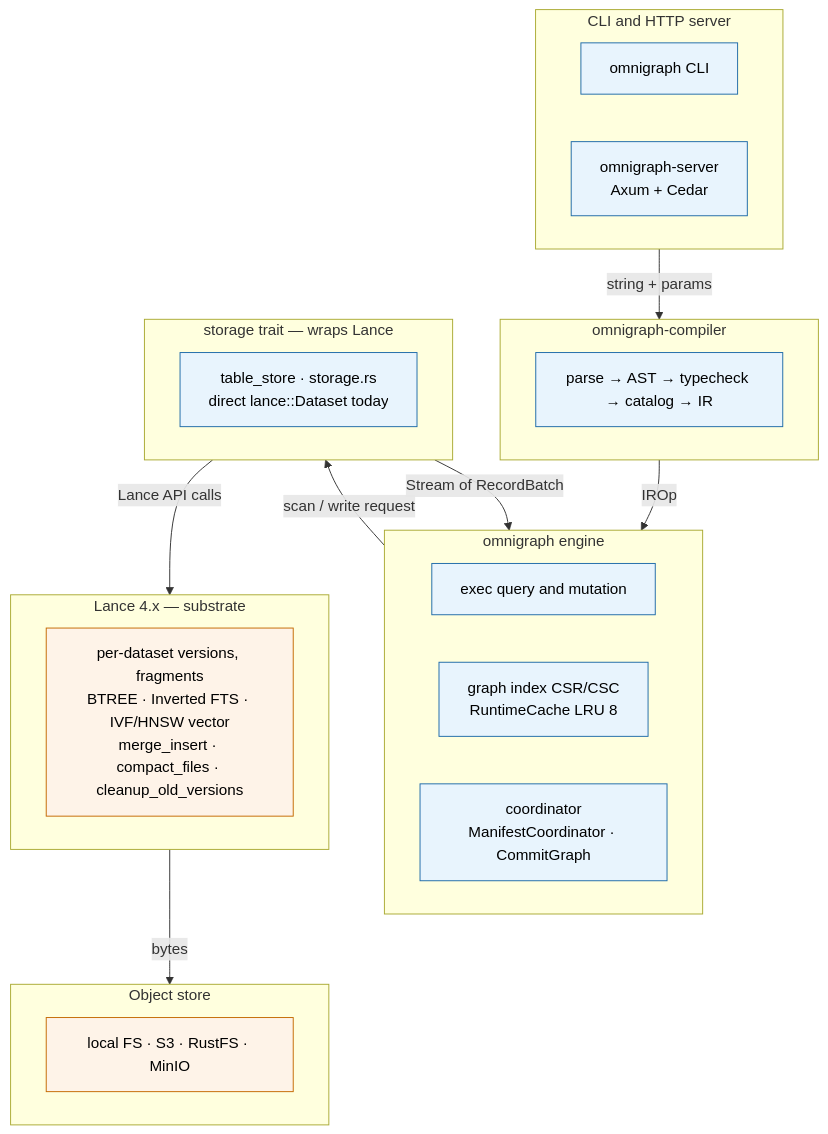
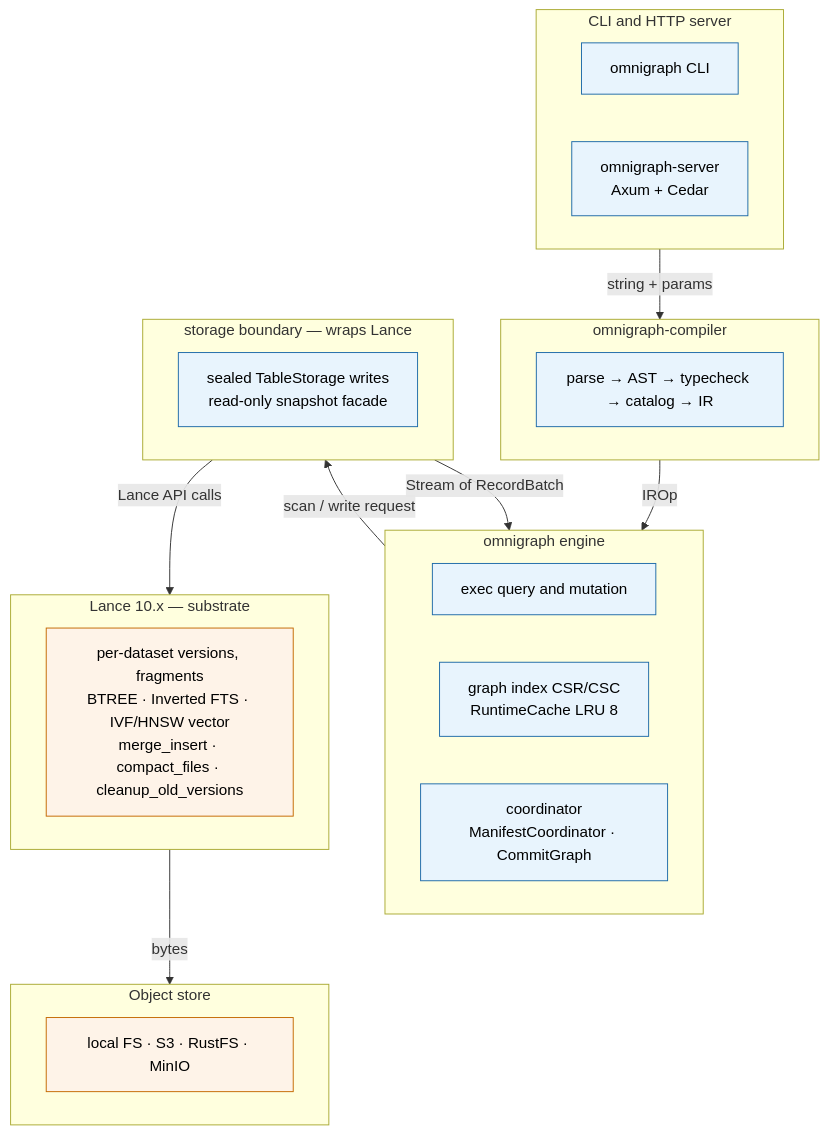
Before and after one commit to mrkorchun/omnigraph: the second of 7 diagrams in docs/dev/architecture.md, drawn with Mermaid. The commit also changed other lines of this file and 281 other files, not shown here.

````diff
--- a/docs/dev/architecture.md
+++ b/docs/dev/architecture.md
@@ -49,39 +49,39 @@
 ```mermaid
 flowchart TB
     classDef l2 fill:#e8f4fd,stroke:#1e6aa8,color:#000
     classDef l1 fill:#fef3e8,stroke:#c46900,color:#000
 
     subgraph CLIs[CLI and HTTP server]
         cli[omnigraph CLI]:::l2
         srv[omnigraph-server<br/>Axum + Cedar]:::l2
     end
 
     subgraph compiler[omnigraph-compiler]
         front[parse → AST → typecheck → catalog → IR]:::l2
     end
 
     subgraph engine[omnigraph engine]
         plan[exec query and mutation]:::l2
         gi[graph index CSR/CSC<br/>RuntimeCache LRU 8]:::l2
         coord[coordinator<br/>ManifestCoordinator · CommitGraph]:::l2
     end
 
-    subgraph storage[storage trait — wraps Lance]
-        ts[table_store · storage.rs<br/>direct lance::Dataset today]:::l2
+    subgraph storage[storage boundary — wraps Lance]
+        ts[sealed TableStorage writes<br/>read-only snapshot facade]:::l2
     end
 
-    subgraph lance_layer[Lance 4.x — substrate]
+    subgraph lance_layer[Lance 10.x — substrate]
         lance[per-dataset versions, fragments<br/>BTREE · Inverted FTS · IVF/HNSW vector<br/>merge_insert · compact_files · cleanup_old_versions]:::l1
     end
 
     subgraph object_store[Object store]
         os[local FS · S3 · RustFS · MinIO]:::l1
     end
 
     CLIs -- "string + params" --> compiler
     compiler -- IROp --> engine
     engine -- "scan / write request" --> storage
     storage -- "Stream of RecordBatch" --> engine
     storage -- "Lance API calls" --> lance_layer
     lance_layer -- bytes --> object_store
 ```
````
